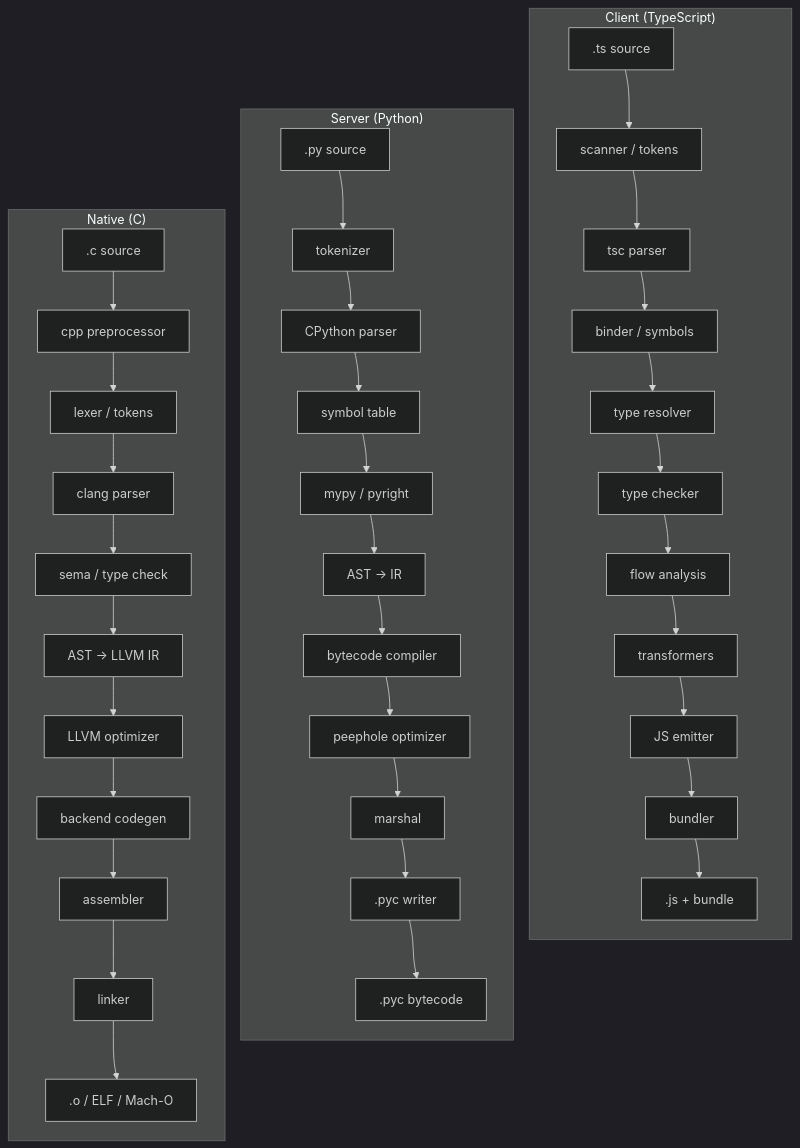
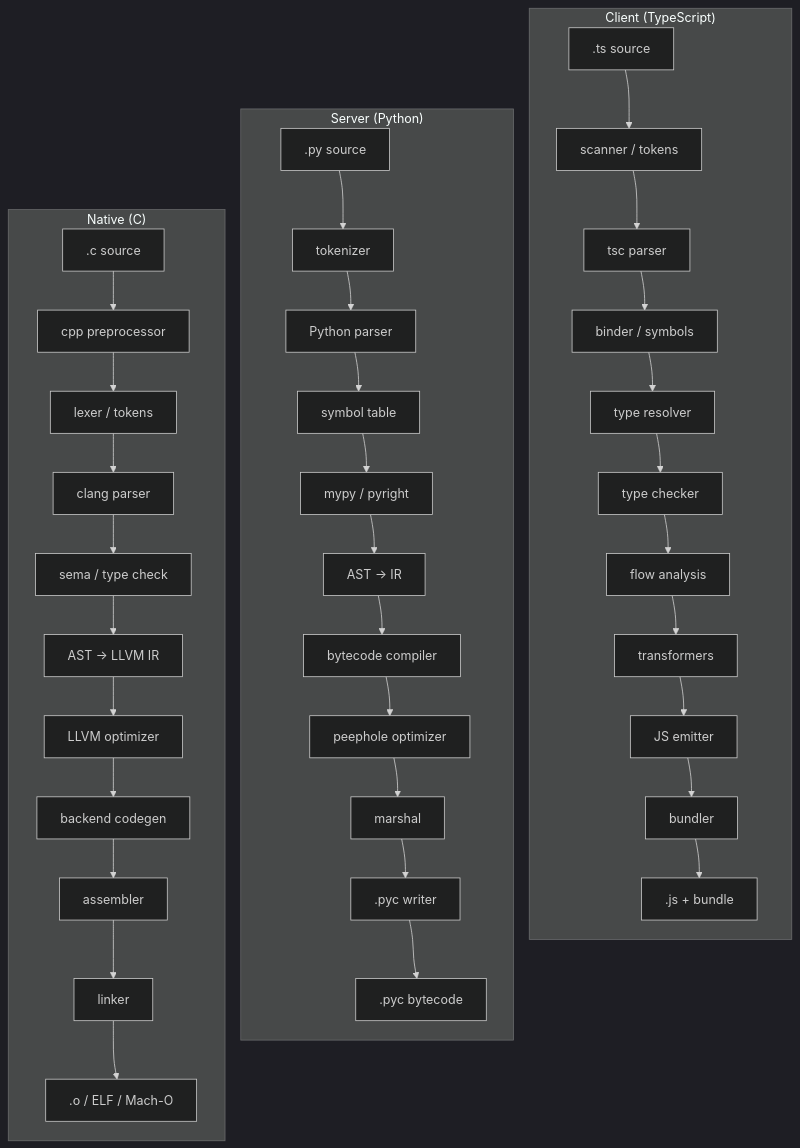
The first of 3 diagrams in jac/jaclang/cli/docs/internals/compiler_architecture.md (jaseci-labs/jac), drawn with Mermaid (dark theme) before and after one commit. The commit also changed other lines of this file and 2030 other files, not shown here.

````diff
--- a/jac/jaclang/cli/docs/internals/compiler_architecture.md
+++ b/jac/jaclang/cli/docs/internals/compiler_architecture.md
@@ -35,53 +35,53 @@
 ```mermaid
 graph TB
     subgraph C["Native (C)"]
         C_SRC[".c source"] --> C_CPP[cpp preprocessor]
         C_CPP --> C_LEX[lexer / tokens]
         C_LEX --> C_PARSE[clang parser]
         C_PARSE --> C_SEMA[sema / type check]
         C_SEMA --> C_IR["AST → LLVM IR"]
         C_IR --> C_OPT[LLVM optimizer]
         C_OPT --> C_BACKEND[backend codegen]
         C_BACKEND --> C_ASM[assembler]
         C_ASM --> C_LINK[linker]
         C_LINK --> C_OUT[".o / ELF / Mach-O"]
     end
 
     subgraph PY["Server (Python)"]
         PY_SRC[".py source"] --> PY_TOKEN[tokenizer]
-        PY_TOKEN --> PY_PARSE[CPython parser]
+        PY_TOKEN --> PY_PARSE[Python parser]
         PY_PARSE --> PY_SYMTAB[symbol table]
         PY_SYMTAB --> PY_CHECK[mypy / pyright]
         PY_CHECK --> PY_IR["AST → IR"]
         PY_IR --> PY_COMPILE[bytecode compiler]
         PY_COMPILE --> PY_PEEPHOLE[peephole optimizer]
         PY_PEEPHOLE --> PY_MARSHAL[marshal]
         PY_MARSHAL --> PY_WRITE[".pyc writer"]
         PY_WRITE --> PY_OUT[".pyc bytecode"]
     end
 
     subgraph TS["Client (TypeScript)"]
         TS_SRC[".ts source"] --> TS_SCAN[scanner / tokens]
         TS_SCAN --> TS_PARSE[tsc parser]
         TS_PARSE --> TS_BIND[binder / symbols]
         TS_BIND --> TS_RESOLVE[type resolver]
         TS_RESOLVE --> TS_CHECK[type checker]
         TS_CHECK --> TS_FLOW[flow analysis]
         TS_FLOW --> TS_XFORM[transformers]
         TS_XFORM --> TS_EMIT[JS emitter]
         TS_EMIT --> TS_BUNDLE[bundler]
         TS_BUNDLE --> TS_OUT[".js + bundle"]
     end
 
     TS_SRC ~~~ PY_SRC ~~~ C_SRC
     TS_SCAN ~~~ PY_TOKEN ~~~ C_CPP
     TS_PARSE ~~~ PY_PARSE ~~~ C_LEX
     TS_BIND ~~~ PY_SYMTAB ~~~ C_PARSE
     TS_RESOLVE ~~~ PY_CHECK ~~~ C_SEMA
     TS_CHECK ~~~ PY_IR ~~~ C_IR
     TS_FLOW ~~~ PY_COMPILE ~~~ C_OPT
     TS_XFORM ~~~ PY_PEEPHOLE ~~~ C_BACKEND
     TS_EMIT ~~~ PY_MARSHAL ~~~ C_ASM
     TS_BUNDLE ~~~ PY_WRITE ~~~ C_LINK
     TS_OUT ~~~ PY_OUT ~~~ C_OUT
 ```
````
